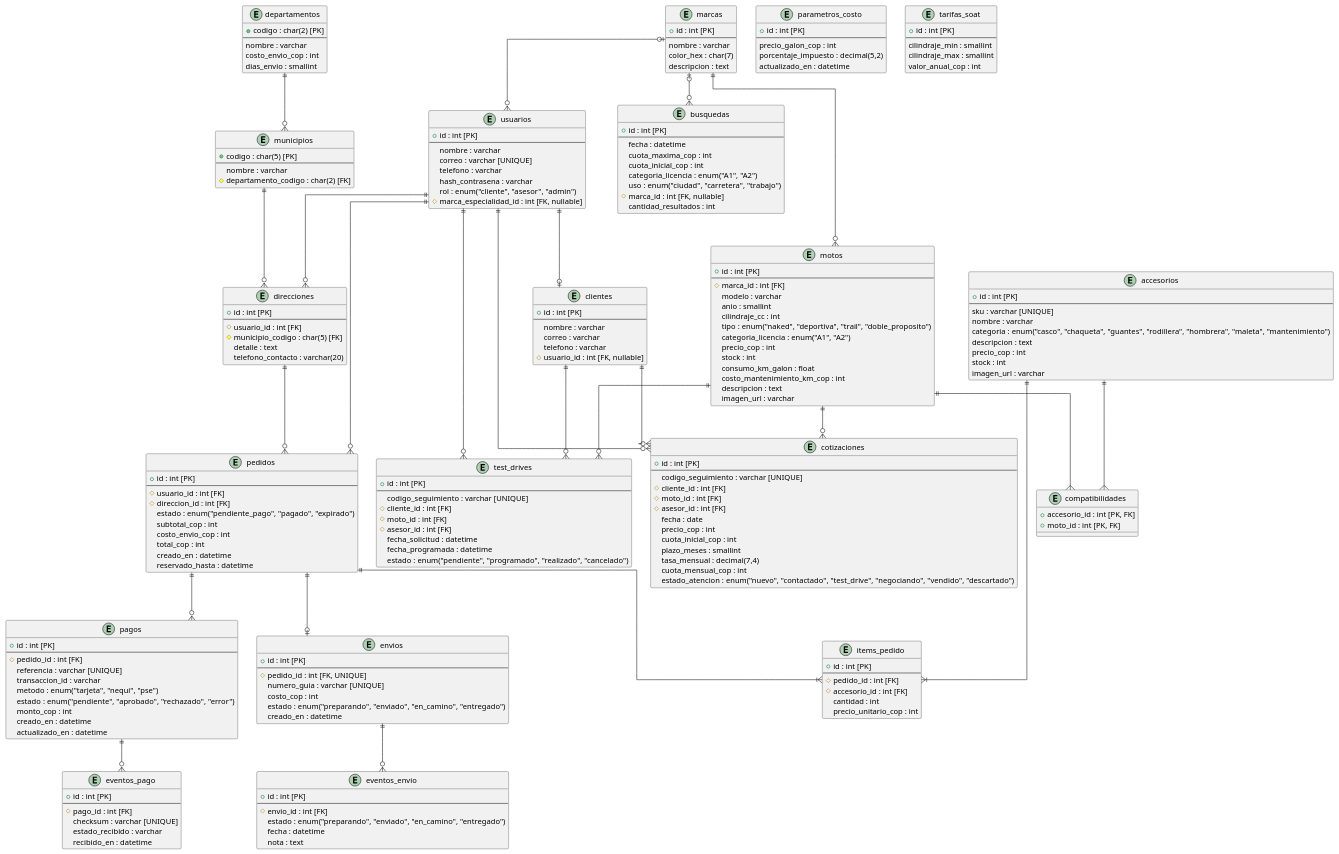
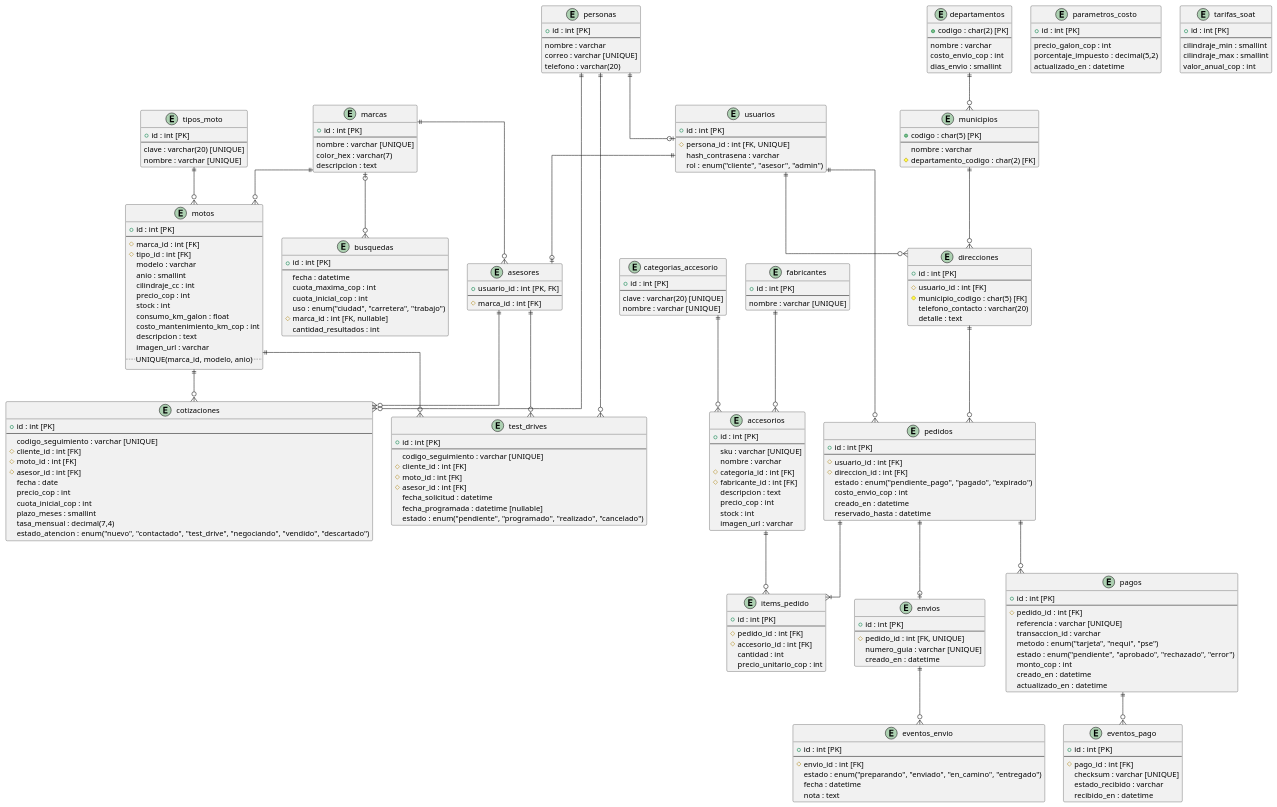
Before and after one commit to Andresg9805/concesionario-motos: the diagram in docs/uml/fuentes/modelo-logico-relacional.puml, drawn with PlantUML. The commit also changed 58 other files, not shown here.

```diff
--- a/docs/uml/fuentes/modelo-logico-relacional.puml
+++ b/docs/uml/fuentes/modelo-logico-relacional.puml
@@ -4,26 +4,33 @@
 entity "marcas" {
   + id : int [PK]
   --
-  nombre : varchar
-  color_hex : char(7)
+  nombre : varchar [UNIQUE]
+  color_hex : varchar(7)
   descripcion : text
+}
+
+entity "tipos_moto" {
+  + id : int [PK]
+  --
+  clave : varchar(20) [UNIQUE]
+  nombre : varchar [UNIQUE]
 }
 
 entity "motos" {
   + id : int [PK]
   --
   # marca_id : int [FK]
+  # tipo_id : int [FK]
   modelo : varchar
   anio : smallint
   cilindraje_cc : int
-  tipo : enum("naked", "deportiva", "trail", "doble_proposito")
-  categoria_licencia : enum("A1", "A2")
   precio_cop : int
   stock : int
   consumo_km_galon : float
   costo_mantenimiento_km_cop : int
   descripcion : text
   imagen_url : varchar
+  .. UNIQUE(marca_id, modelo, anio) ..
 }
 
 entity "parametros_costo" {
@@ -48,30 +55,31 @@
   fecha : datetime
   cuota_maxima_cop : int
   cuota_inicial_cop : int
-  categoria_licencia : enum("A1", "A2")
   uso : enum("ciudad", "carretera", "trabajo")
   # marca_id : int [FK, nullable]
   cantidad_resultados : int
 }
 
-entity "usuarios" {
+entity "personas" {
   + id : int [PK]
   --
   nombre : varchar
   correo : varchar [UNIQUE]
-  telefono : varchar
+  telefono : varchar(20)
+}
+
+entity "usuarios" {
+  + id : int [PK]
+  --
+  # persona_id : int [FK, UNIQUE]
   hash_contrasena : varchar
   rol : enum("cliente", "asesor", "admin")
-  # marca_especialidad_id : int [FK, nullable]
 }
 
-entity "clientes" {
-  + id : int [PK]
+entity "asesores" {
+  + usuario_id : int [PK, FK]
   --
-  nombre : varchar
-  correo : varchar
-  telefono : varchar
-  # usuario_id : int [FK, nullable]
+  # marca_id : int [FK]
 }
 
 entity "cotizaciones" {
@@ -86,7 +94,6 @@
   cuota_inicial_cop : int
   plazo_meses : smallint
   tasa_mensual : decimal(7,4)
-  cuota_mensual_cop : int
   estado_atencion : enum("nuevo", "contactado", "test_drive", "negociando", "vendido", "descartado")
 }
 
@@ -98,8 +105,21 @@
   # moto_id : int [FK]
   # asesor_id : int [FK]
   fecha_solicitud : datetime
-  fecha_programada : datetime
+  fecha_programada : datetime [nullable]
   estado : enum("pendiente", "programado", "realizado", "cancelado")
+}
+
+entity "fabricantes" {
+  + id : int [PK]
+  --
+  nombre : varchar [UNIQUE]
+}
+
+entity "categorias_accesorio" {
+  + id : int [PK]
+  --
+  clave : varchar(20) [UNIQUE]
+  nombre : varchar [UNIQUE]
 }
 
 entity "accesorios" {
@@ -107,16 +127,12 @@
   --
   sku : varchar [UNIQUE]
   nombre : varchar
-  categoria : enum("casco", "chaqueta", "guantes", "rodillera", "hombrera", "maleta", "mantenimiento")
+  # categoria_id : int [FK]
+  # fabricante_id : int [FK]
   descripcion : text
   precio_cop : int
   stock : int
   imagen_url : varchar
-}
-
-entity "compatibilidades" {
-  + accesorio_id : int [PK, FK]
-  + moto_id : int [PK, FK]
 }
 
 entity "departamentos" {
@@ -139,8 +155,8 @@
   --
   # usuario_id : int [FK]
   # municipio_codigo : char(5) [FK]
+  telefono_contacto : varchar(20)
   detalle : text
-  telefono_contacto : varchar(20)
 }
 
 entity "pedidos" {
@@ -149,9 +165,7 @@
   # usuario_id : int [FK]
   # direccion_id : int [FK]
   estado : enum("pendiente_pago", "pagado", "expirado")
-  subtotal_cop : int
   costo_envio_cop : int
-  total_cop : int
   creado_en : datetime
   reservado_hasta : datetime
 }
@@ -192,8 +206,6 @@
   --
   # pedido_id : int [FK, UNIQUE]
   numero_guia : varchar [UNIQUE]
-  costo_cop : int
-  estado : enum("preparando", "enviado", "en_camino", "entregado")
   creado_en : datetime
 }
 
@@ -209,23 +221,26 @@
 ' Relaciones
 
 marcas ||--o{ motos
+tipos_moto ||--o{ motos
 marcas |o--o{ busquedas
-marcas |o--o{ usuarios
+marcas ||--o{ asesores
+
+personas ||--o| usuarios
+usuarios ||--o| asesores
 
 motos ||--o{ cotizaciones
 motos ||--o{ test_drives
-motos ||--{ compatibilidades
-accesorios ||--{ compatibilidades
-accesorios ||--|{ items_pedido
+personas ||--o{ cotizaciones
+personas ||--o{ test_drives
+asesores ||--o{ cotizaciones
+asesores ||--o{ test_drives
 
-clientes ||--o{ cotizaciones
-clientes ||--o{ test_drives
-usuarios ||--o{ cotizaciones
-usuarios ||--o{ test_drives
+fabricantes ||--o{ accesorios
+categorias_accesorio ||--o{ accesorios
+accesorios ||--o{ items_pedido
 
 usuarios ||--o{ direcciones
 usuarios ||--o{ pedidos
-usuarios ||--o| clientes
 
 departamentos ||--o{ municipios
 municipios ||--o{ direcciones
```
